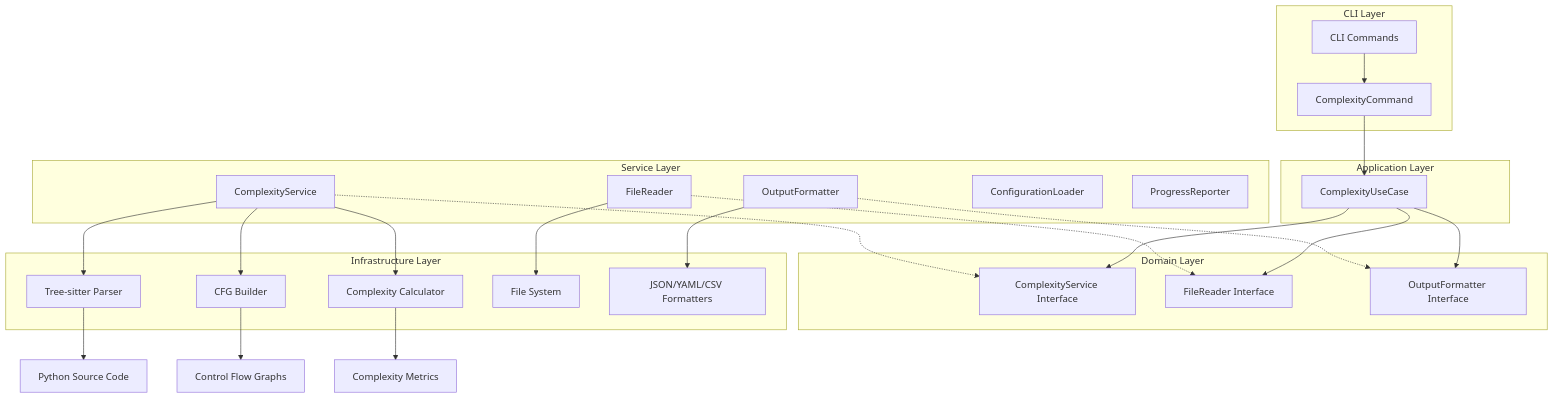
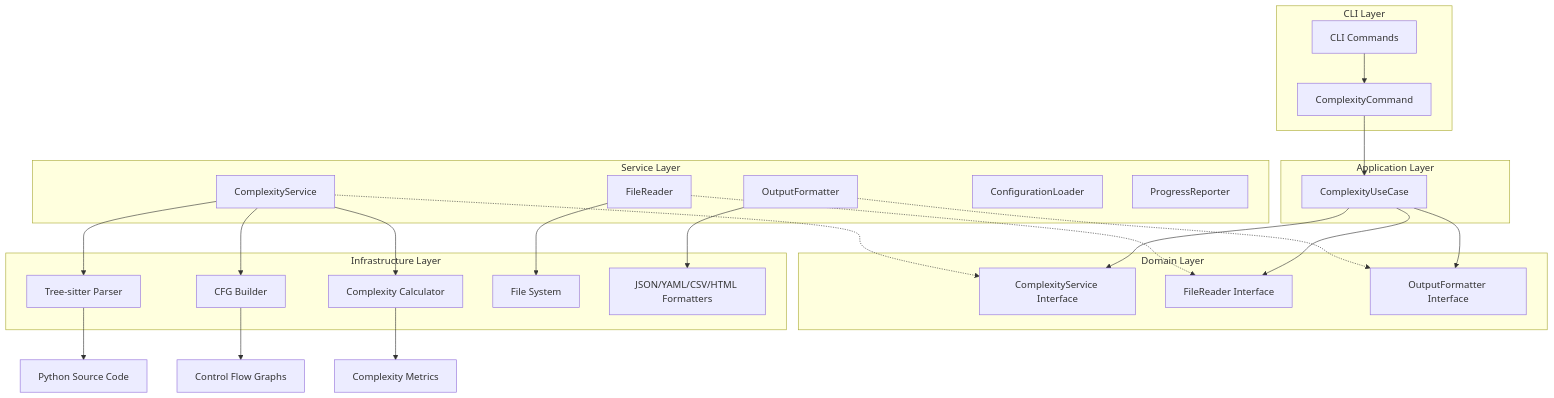
The diagram in docs/ARCHITECTURE.md (ludo-technologies/pyscn), drawn with Mermaid before and after one commit. The commit also changed other lines of this file and 9 other files, not shown here.

````diff
--- a/docs/ARCHITECTURE.md
+++ b/docs/ARCHITECTURE.md
@@ -7,36 +7,36 @@
 ```mermaid
 graph TB
     subgraph "CLI Layer"
         A[CLI Commands] --> B[ComplexityCommand]
     end
     
     subgraph "Application Layer"
         B --> C[ComplexityUseCase]
     end
     
     subgraph "Domain Layer"
         C --> D[ComplexityService Interface]
         C --> E[FileReader Interface]
         C --> F[OutputFormatter Interface]
     end
     
     subgraph "Service Layer"
         G[ComplexityService] -.-> D
         H[FileReader] -.-> E  
         I[OutputFormatter] -.-> F
         J[ConfigurationLoader]
         K[ProgressReporter]
     end
     
     subgraph "Infrastructure Layer"
         G --> L[Tree-sitter Parser]
         G --> M[CFG Builder]
         G --> N[Complexity Calculator]
         H --> O[File System]
-        I --> P[JSON/YAML/CSV Formatters]
+        I --> P[JSON/YAML/CSV/HTML Formatters]
     end
     
     L --> Q[Python Source Code]
     M --> R[Control Flow Graphs]
     N --> S[Complexity Metrics]
 ```
````
